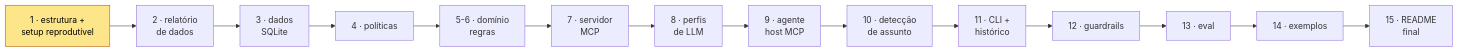
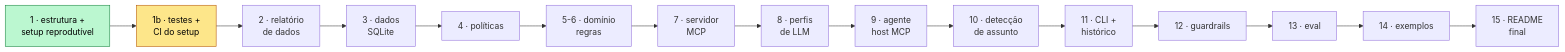
One commit to RonildoSilva/ai-engineer-challenge changed the eighth of 8 diagrams in README.md. Above: the diagram before and after it, drawn with Mermaid. The commit also changed other lines of this file and 6 other files, not shown here.

First line of the commit message:
test: verificação automatizada do setup (testes + CI)

````diff
--- a/README.md
+++ b/README.md
@@ -242,7 +282,7 @@
 ```mermaid
 flowchart LR
-    C1[1 · estrutura +<br/>setup reprodutível]:::wip --> C2[2 · relatório<br/>de dados] --> C3[3 · dados<br/>SQLite] --> C4[4 · políticas] --> C5[5-6 · domínio<br/>regras] --> C7[7 · servidor<br/>MCP]
+    C1[1 · estrutura +<br/>setup reprodutível]:::done --> C1b[1b · testes +<br/>CI do setup]:::wip --> C2[2 · relatório<br/>de dados] --> C3[3 · dados<br/>SQLite] --> C4[4 · políticas] --> C5[5-6 · domínio<br/>regras] --> C7[7 · servidor<br/>MCP]
     C7 --> C8[8 · perfis<br/>de LLM] --> C9[9 · agente<br/>host MCP] --> C10[10 · detecção<br/>de assunto] --> C11[11 · CLI +<br/>histórico] --> C12[12 · guardrails] --> C13[13 · eval] --> C14[14 · exemplos] --> C15[15 · README<br/>final]
     classDef wip fill:#fde68a,stroke:#b45309,color:#000
     classDef done fill:#bbf7d0,stroke:#15803d,color:#000
 ```
````
